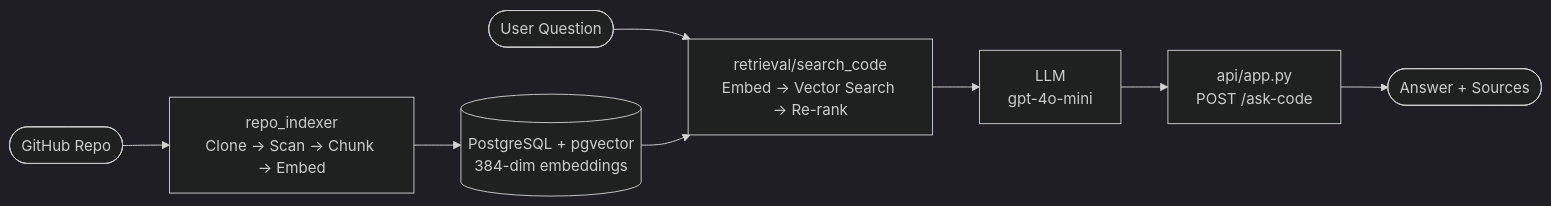
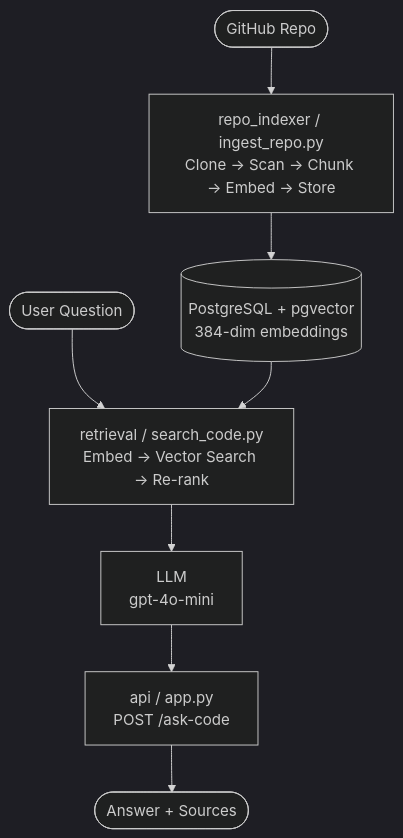
Before and after one commit to satishnadikoppu/codebase-assistant: the diagram in README.md, drawn with Mermaid (dark theme). The commit also changed other lines of this file, not shown here.

Commit message:
Add Mermaid architecture diagram

````diff
--- a/README.md
+++ b/README.md
@@ -19,10 +19,10 @@
 ```mermaid
-flowchart LR
-    A([GitHub Repo]) --> B[repo_indexer\nClone → Scan → Chunk → Embed]
+flowchart TD
+    A([GitHub Repo]) --> B[repo_indexer / ingest_repo.py\nClone → Scan → Chunk → Embed → Store]
     B --> C[(PostgreSQL + pgvector\n384-dim embeddings)]
-    D([User Question]) --> E[retrieval/search_code\nEmbed → Vector Search → Re-rank]
+    D([User Question]) --> E[retrieval / search_code.py\nEmbed → Vector Search → Re-rank]
     C --> E
     E --> F[LLM\ngpt-4o-mini]
-    F --> G[api/app.py\nPOST /ask-code]
+    F --> G[api / app.py\nPOST /ask-code]
     G --> H([Answer + Sources])
 ```
````
